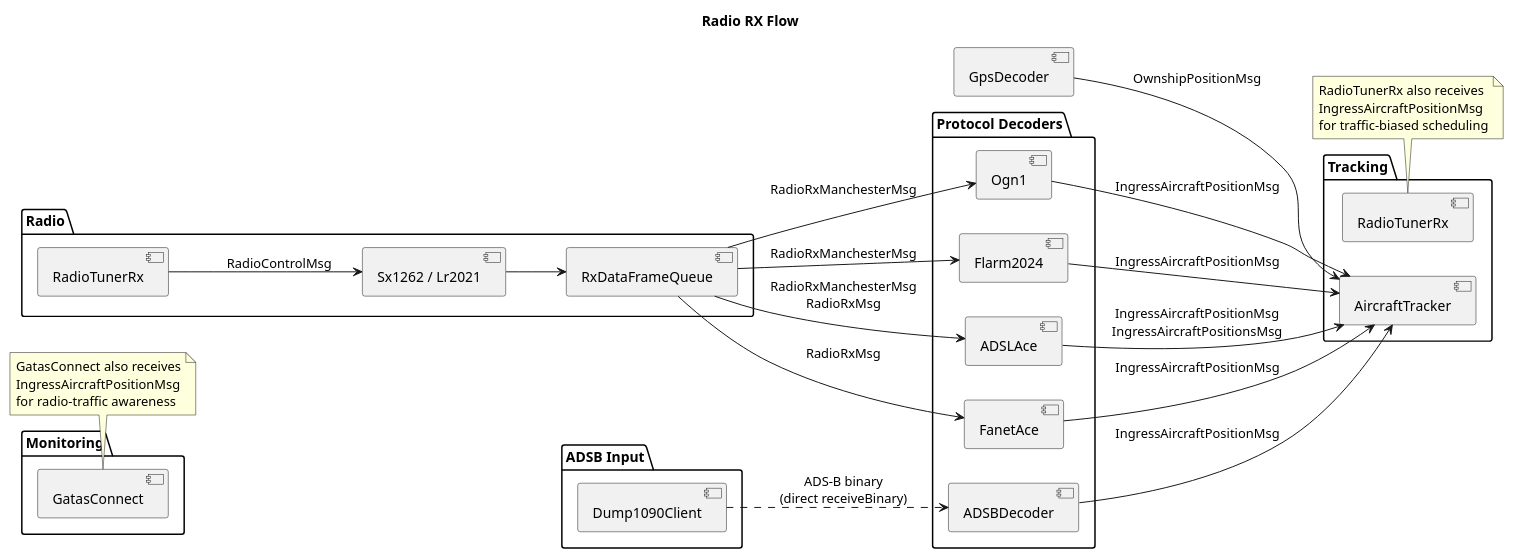
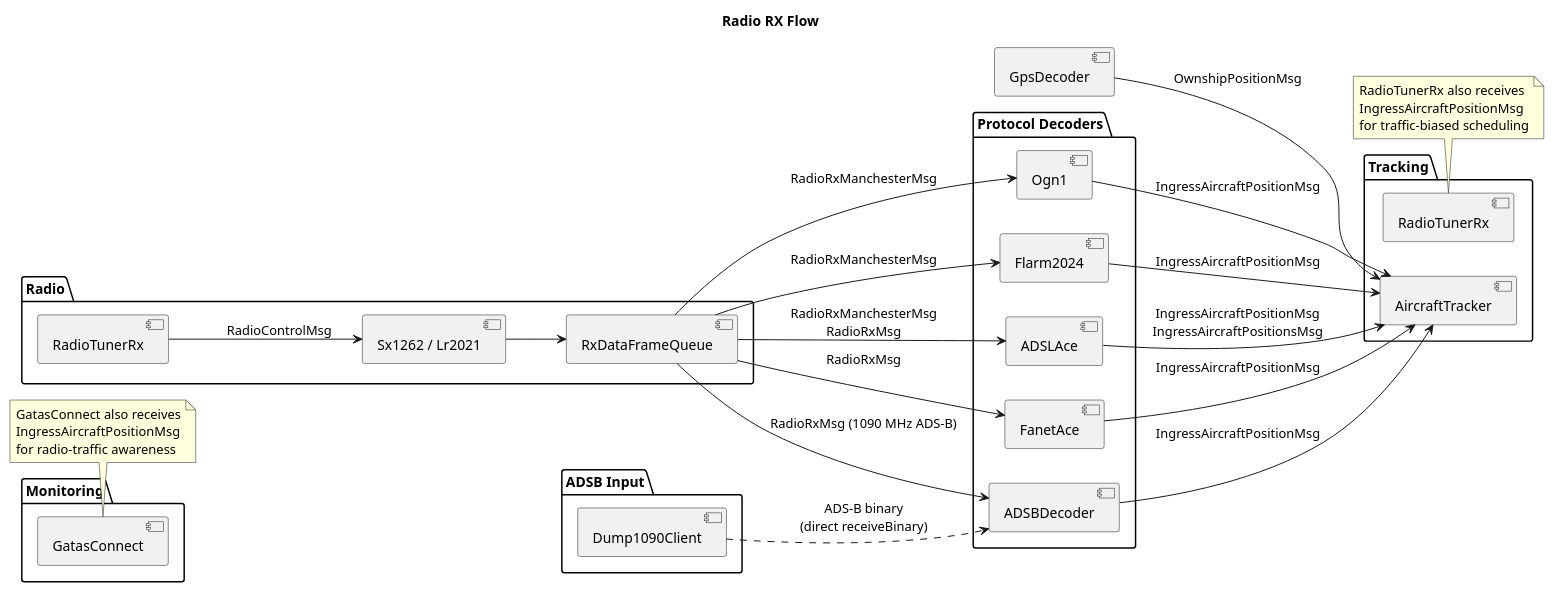
One commit to gatasConspicuity/gatas changed the third of 7 diagrams in doc/message-bus.md. Above: the diagram before and after it, drawn with PlantUML. The commit also changed other lines of this file and 49 other files, not shown here.

````diff
--- a/doc/message-bus.md
+++ b/doc/message-bus.md
@@ -194,58 +200,59 @@
 ```plantuml
 
 ' =====================================================================
 ' RADIO RX FLOW
 ' =====================================================================
 @startuml
 title Radio RX Flow
 
 left to right direction
 
 package "Radio" {
     [Sx1262 / Lr2021]
     [RxDataFrameQueue]
     [RadioTunerRx]
 }
 
 package "ADSB Input" {
     [Dump1090Client]
 }
 
 package "Protocol Decoders" {
     [Ogn1]
     [Flarm2024]
     [ADSLAce]
     [FanetAce]
     [ADSBDecoder]
 }
 
 package "Tracking" {
     [AircraftTracker]
     [RadioTunerRx] as RTRx2
 }
 
 package "Monitoring" {
     [GatasConnect]
 }
 
 [RadioTunerRx] --> [Sx1262 / Lr2021] : RadioControlMsg
 [Sx1262 / Lr2021] --> [RxDataFrameQueue]
 [RxDataFrameQueue] --> [Ogn1] : RadioRxManchesterMsg
 [RxDataFrameQueue] --> [Flarm2024] : RadioRxManchesterMsg
 [RxDataFrameQueue] --> [ADSLAce] : RadioRxManchesterMsg\nRadioRxMsg
 [RxDataFrameQueue] --> [FanetAce] : RadioRxMsg
+[RxDataFrameQueue] --> [ADSBDecoder] : RadioRxMsg (1090 MHz ADS-B)
 [Dump1090Client] ..> [ADSBDecoder] : ADS-B binary\n(direct receiveBinary)
 
 [Ogn1] --> [AircraftTracker] : IngressAircraftPositionMsg
 [Flarm2024] --> [AircraftTracker] : IngressAircraftPositionMsg
 [ADSLAce] --> [AircraftTracker] : IngressAircraftPositionMsg\nIngressAircraftPositionsMsg
 [FanetAce] --> [AircraftTracker] : IngressAircraftPositionMsg
 [ADSBDecoder] --> [AircraftTracker] : IngressAircraftPositionMsg
 [GpsDecoder] --> [AircraftTracker] : OwnshipPositionMsg
 
 note bottom of GatasConnect : GatasConnect also receives\nIngressAircraftPositionMsg\nfor radio-traffic awareness
 
 note bottom of RTRx2 : RadioTunerRx also receives\nIngressAircraftPositionMsg\nfor traffic-biased scheduling
 
 @enduml
 ```
````
